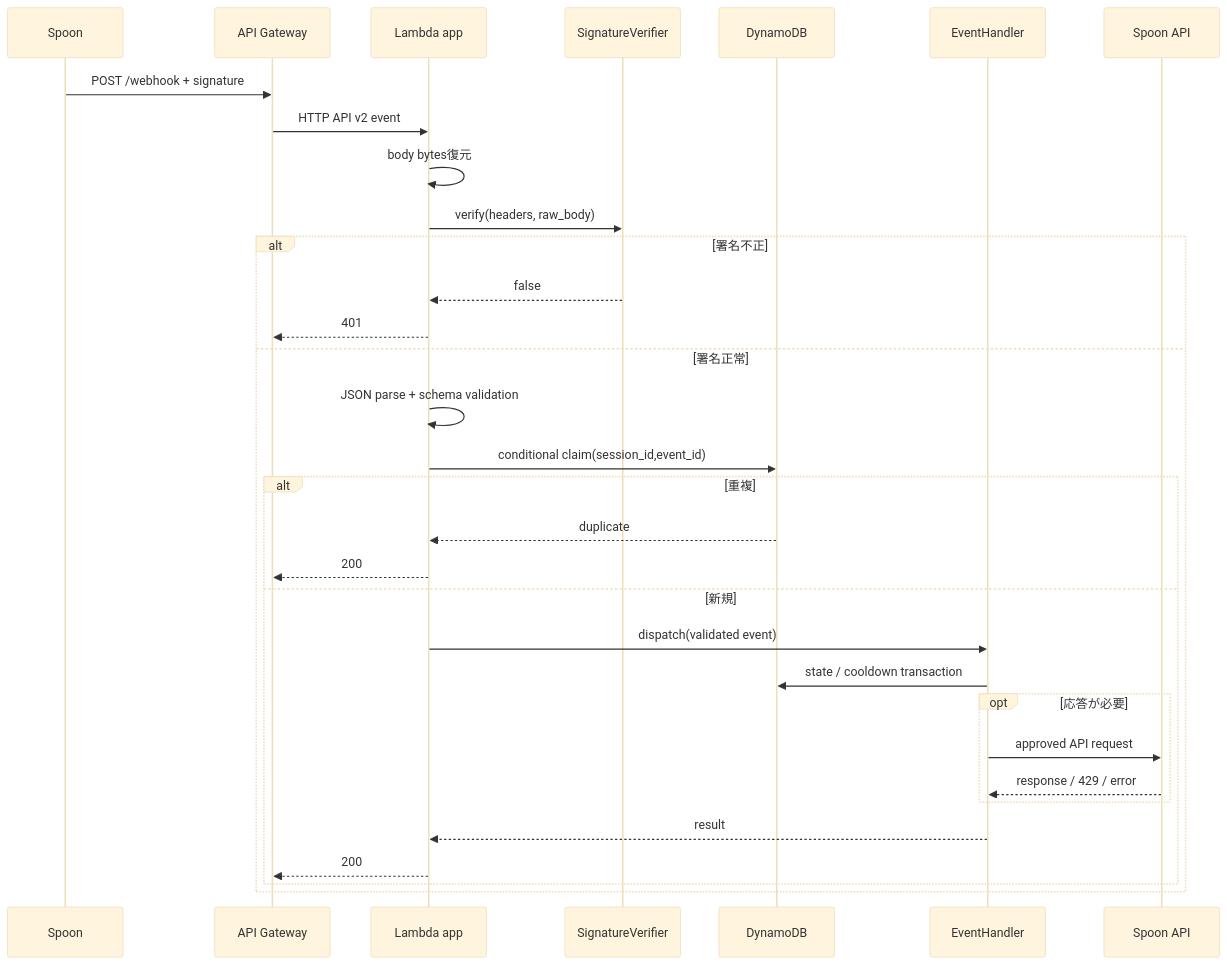
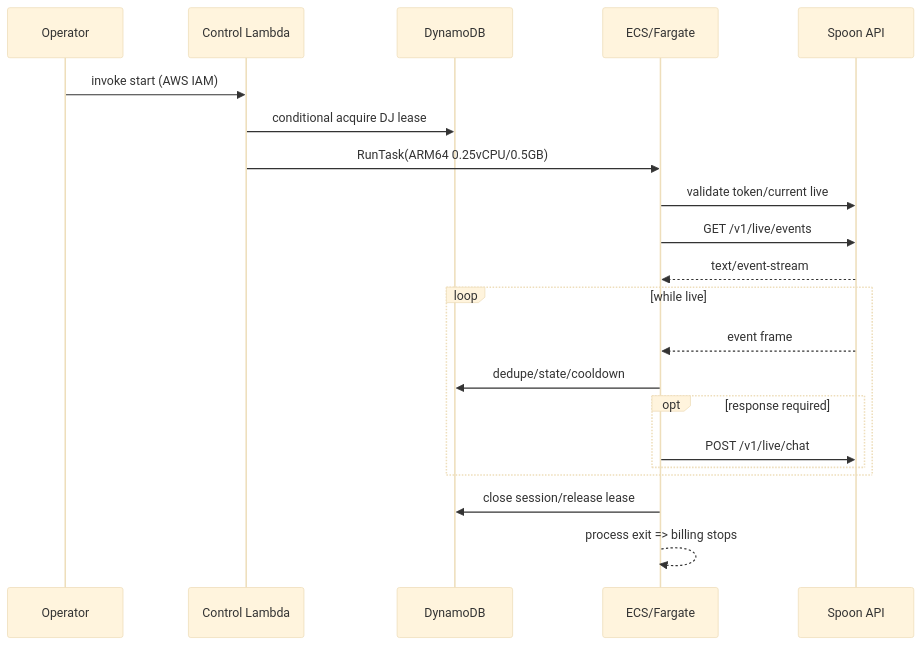
One commit to kouta811811/SpoonManagerBot changed the third of 3 diagrams in .kiro/specs/spoon-manager-bot/design.md. Above: the diagram before and after it, drawn with Mermaid (base theme). The commit also changed other lines of this file and 3 other files, not shown here.

Commit message:
docs: align bot spec with Spoon SSE API

````diff
--- a/.kiro/specs/spoon-manager-bot/design.md
+++ b/.kiro/specs/spoon-manager-bot/design.md
@@ -30,35 +58,24 @@
 ```mermaid
 sequenceDiagram
-    participant S as Spoon
-    participant G as API Gateway
-    participant L as Lambda app
-    participant A as SignatureVerifier
+    participant O as Operator
+    participant C as Control Lambda
     participant D as DynamoDB
-    participant H as EventHandler
-    participant O as Spoon API
+    participant E as ECS/Fargate
+    participant S as Spoon API
 
-    S->>G: POST /webhook + signature
-    G->>L: HTTP API v2 event
-    L->>L: body bytes復元
-    L->>A: verify(headers, raw_body)
-    alt 署名不正
-        A-->>L: false
-        L-->>G: 401
-    else 署名正常
-        L->>L: JSON parse + schema validation
-        L->>D: conditional claim(session_id,event_id)
-        alt 重複
-            D-->>L: duplicate
-            L-->>G: 200
-        else 新規
-            L->>H: dispatch(validated event)
-            H->>D: state / cooldown transaction
-            opt 応答が必要
-                H->>O: approved API request
-                O-->>H: response / 429 / error
-            end
-            H-->>L: result
-            L-->>G: 200
+    O->>C: invoke start (AWS IAM)
+    C->>D: conditional acquire DJ lease
+    C->>E: RunTask(ARM64 0.25vCPU/0.5GB)
+    E->>S: validate token/current live
+    E->>S: GET /v1/live/events
+    S-->>E: text/event-stream
+    loop while live
+        S-->>E: event frame
+        E->>D: dedupe/state/cooldown
+        opt response required
+            E->>S: POST /v1/live/chat
         end
     end
+    E->>D: close session/release lease
+    E-->>E: process exit => billing stops
 ```
````
